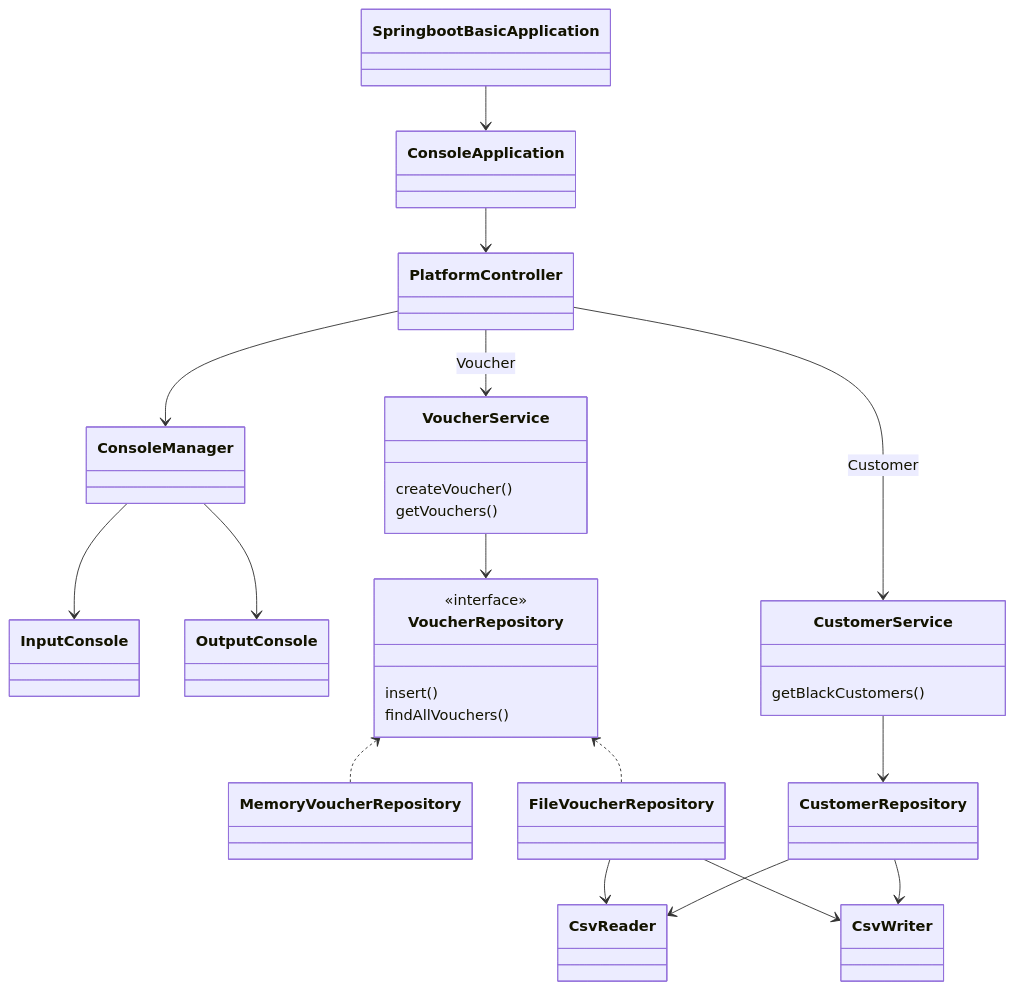
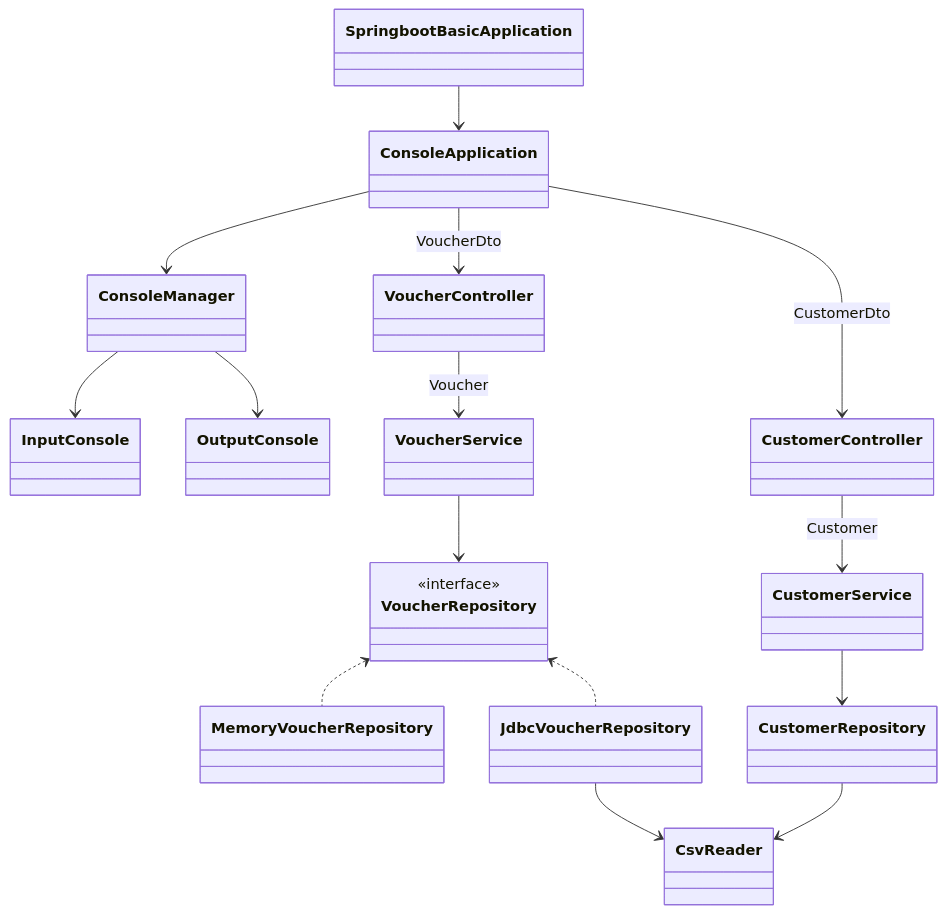
The diagram in application.mermaid (prgrms-be-devcourse/springboot-basic), drawn with Mermaid before and after one commit. The commit also changed 1 other file, not shown here.

```diff
--- a/application.mermaid
+++ b/application.mermaid
@@ -1,46 +1,40 @@
 classDiagram
 
     %% Controller
     class SpringbootBasicApplication
     class ConsoleApplication
-    class PlatformController
     SpringbootBasicApplication --> ConsoleApplication
-    ConsoleApplication --> PlatformController
+    ConsoleApplication --> ConsoleManager
 
     %% IO
     class ConsoleManager
     class InputConsole
     class OutputConsole
     ConsoleManager --> InputConsole
     ConsoleManager --> OutputConsole
-    PlatformController --> ConsoleManager
+
+    class VoucherController
+    class CustomerController
+    ConsoleApplication --> VoucherController : VoucherDto
+    ConsoleApplication --> CustomerController : CustomerDto
 
     %% Service
-    class VoucherService {
-        createVoucher()
-        getVouchers()
-    }
-    class CustomerService {
-        getBlackCustomers()
-    }
-    PlatformController --> VoucherService : Voucher
-    PlatformController --> CustomerService : Customer
+    class VoucherService
+    class CustomerService
+    VoucherController --> VoucherService : Voucher
+    CustomerController --> CustomerService : Customer
 
     %% Repository
     class VoucherRepository {
         <<interface>>
-        insert()
-        findAllVouchers()
     }
     VoucherService --> VoucherRepository
     class MemoryVoucherRepository
-    class FileVoucherRepository
-    FileVoucherRepository --> CsvReader
-    FileVoucherRepository --> CsvWriter
+    class JdbcVoucherRepository
+    JdbcVoucherRepository --> CsvReader
     VoucherRepository <.. MemoryVoucherRepository
-    VoucherRepository <.. FileVoucherRepository
+    VoucherRepository <.. JdbcVoucherRepository
 
     class CustomerRepository
     CustomerRepository --> CsvReader
-    CustomerRepository --> CsvWriter
     CustomerService --> CustomerRepository
```
